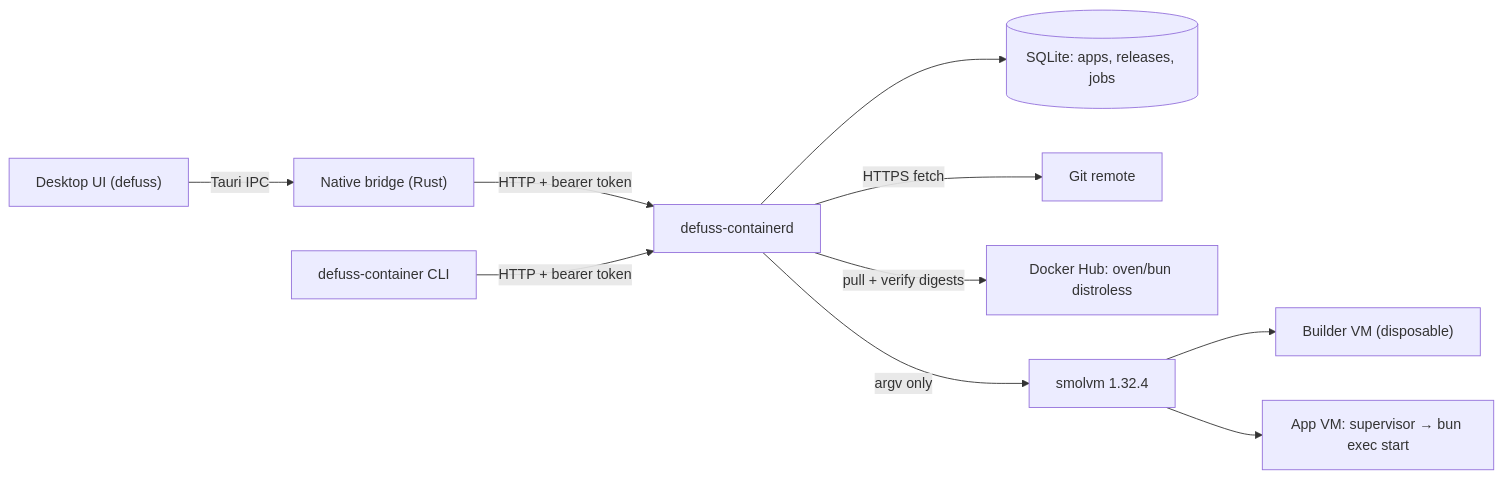
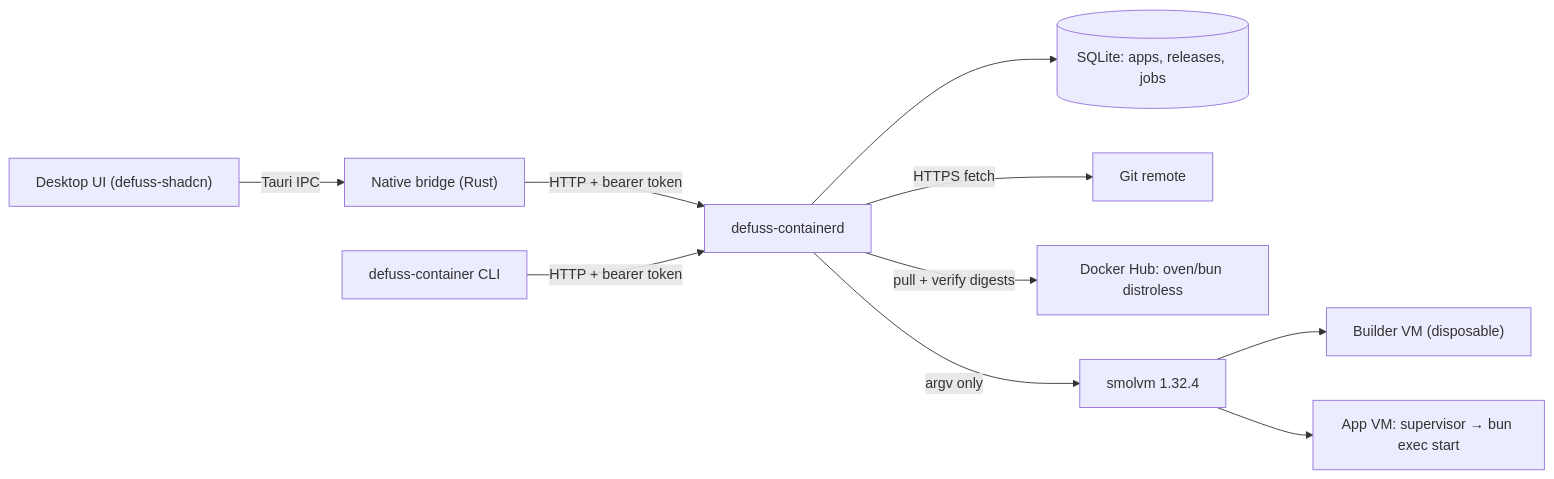
Before and after one commit to kyr0/defuss-container: the diagram in ARCH.md, drawn with Mermaid. The commit also changed 55 other files, not shown here.

First line of the commit message:
Rebuild the desktop UI on defuss-shadcn, document the codebase, allow BUN_OPTIONS

````diff
--- a/ARCH.md
+++ b/ARCH.md
@@ -5,12 +5,12 @@
 ```mermaid
 flowchart LR
-  UI["Desktop UI (defuss)"] -->|Tauri IPC| Bridge["Native bridge (Rust)"]
+  UI["Desktop UI (defuss-shadcn)"] -->|Tauri IPC| Bridge["Native bridge (Rust)"]
   Bridge -->|HTTP + bearer token| D["defuss-containerd"]
   CLI["defuss-container CLI"] -->|HTTP + bearer token| D
   D --> DB[("SQLite: apps, releases, jobs")]
   D -->|HTTPS fetch| Git["Git remote"]
   D -->|pull + verify digests| Hub["Docker Hub: oven/bun distroless"]
   D -->|argv only| Engine["smolvm 1.32.4"]
   Engine --> Builder["Builder VM (disposable)"]
   Engine --> AppVM["App VM: supervisor → bun exec start"]
 ```
````
